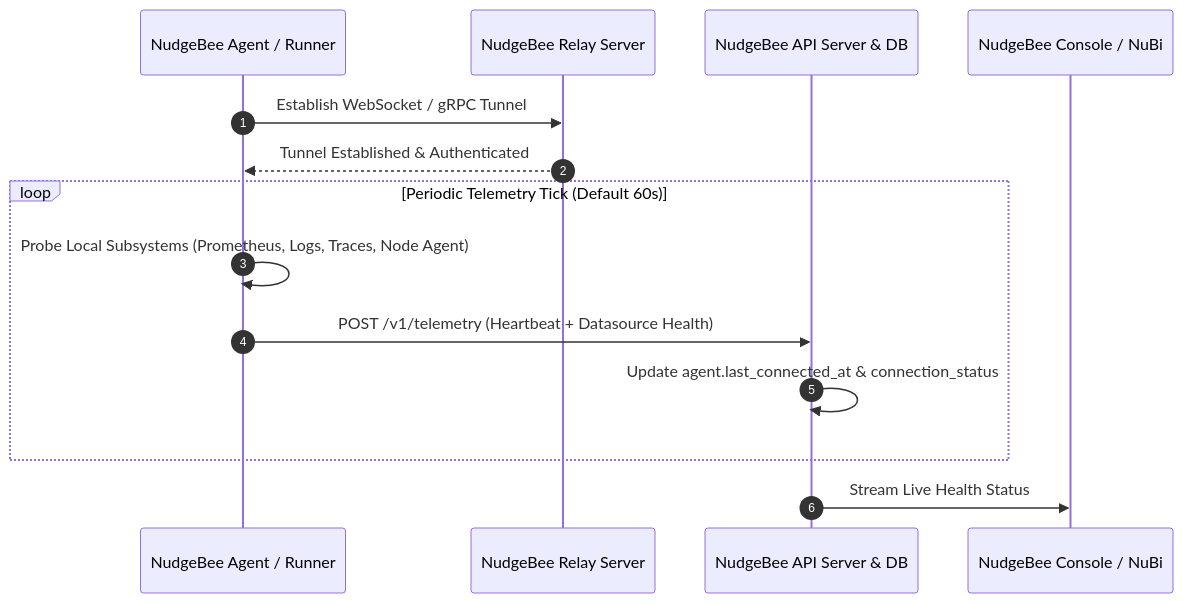
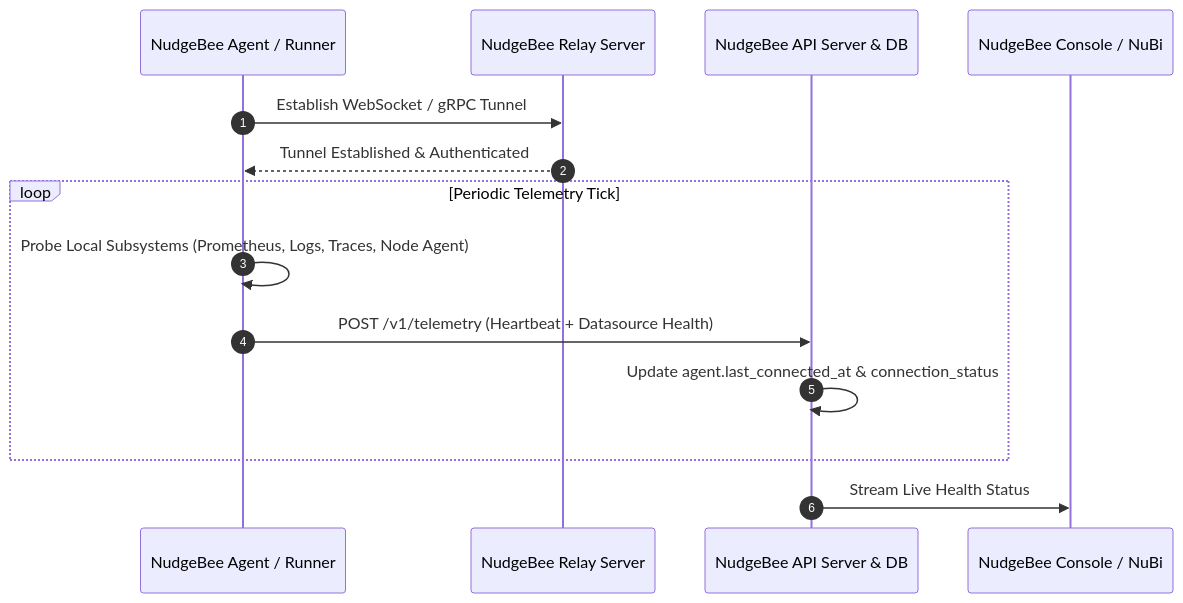
One commit to nudgebee/nudgebee-docs changed the first of 2 diagrams in doc-server/docs/installation/agent/operate/troubleshoot-agent-connectivity.md. Above: the diagram before and after it, drawn with Mermaid. The commit also changed other lines of this file and 46 other files, not shown here.

````diff
--- a/doc-server/docs/installation/agent/operate/troubleshoot-agent-connectivity.md
+++ b/doc-server/docs/installation/agent/operate/troubleshoot-agent-connectivity.md
@@ -22,17 +22,17 @@
 ```mermaid
 sequenceDiagram
     autonumber
     participant Agent as NudgeBee Agent / Runner
     participant Relay as NudgeBee Relay Server
     participant Backend as NudgeBee API Server & DB
     participant UI as NudgeBee Console / NuBi
 
     Agent->>Relay: Establish WebSocket / gRPC Tunnel
     Relay-->>Agent: Tunnel Established & Authenticated
-    loop Periodic Telemetry Tick (Default 60s)
+    loop Periodic Telemetry Tick
         Agent->>Agent: Probe Local Subsystems (Prometheus, Logs, Traces, Node Agent)
         Agent->>Backend: POST /v1/telemetry (Heartbeat + Datasource Health)
         Backend->>Backend: Update agent.last_connected_at & connection_status
     end
     Backend->>UI: Stream Live Health Status
 ```
````
